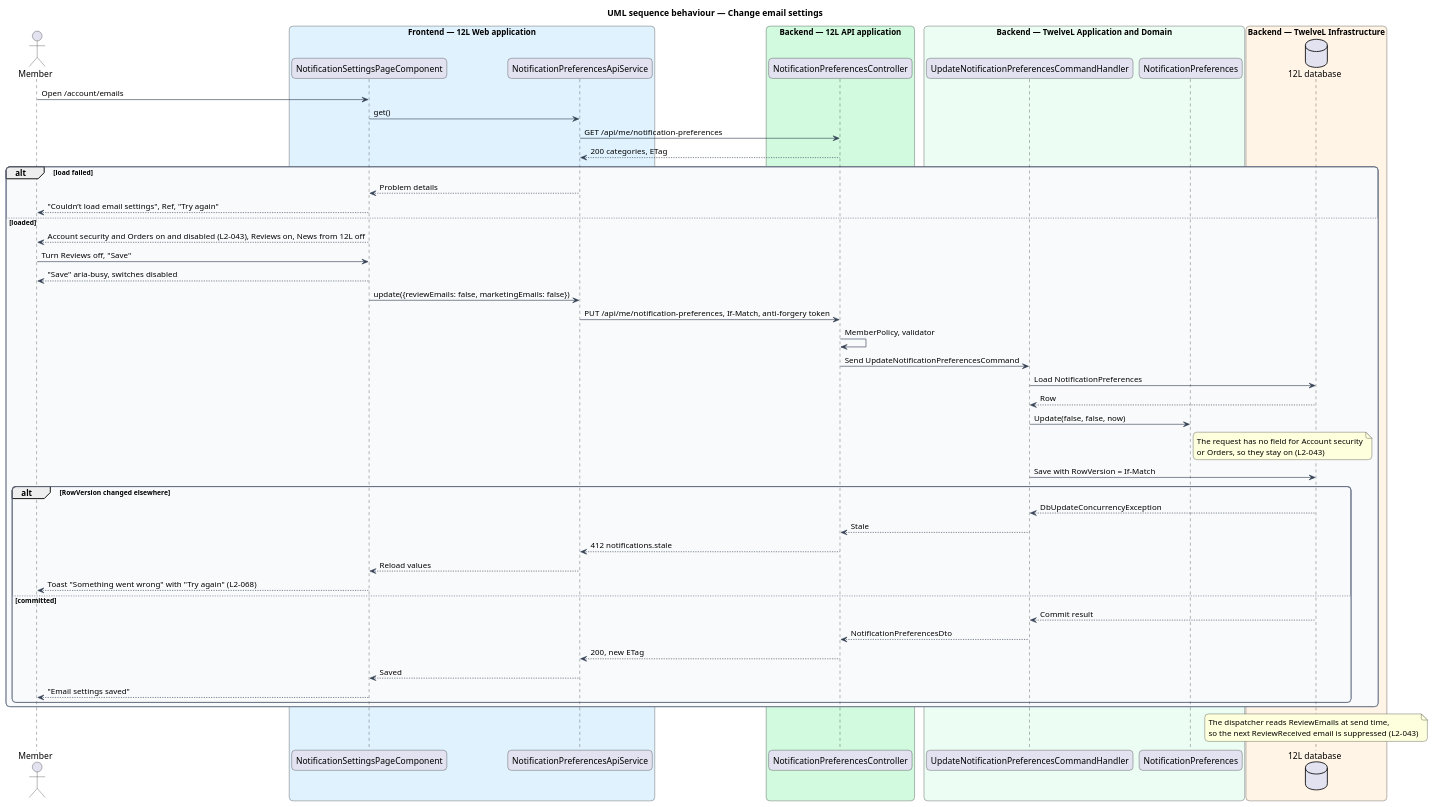
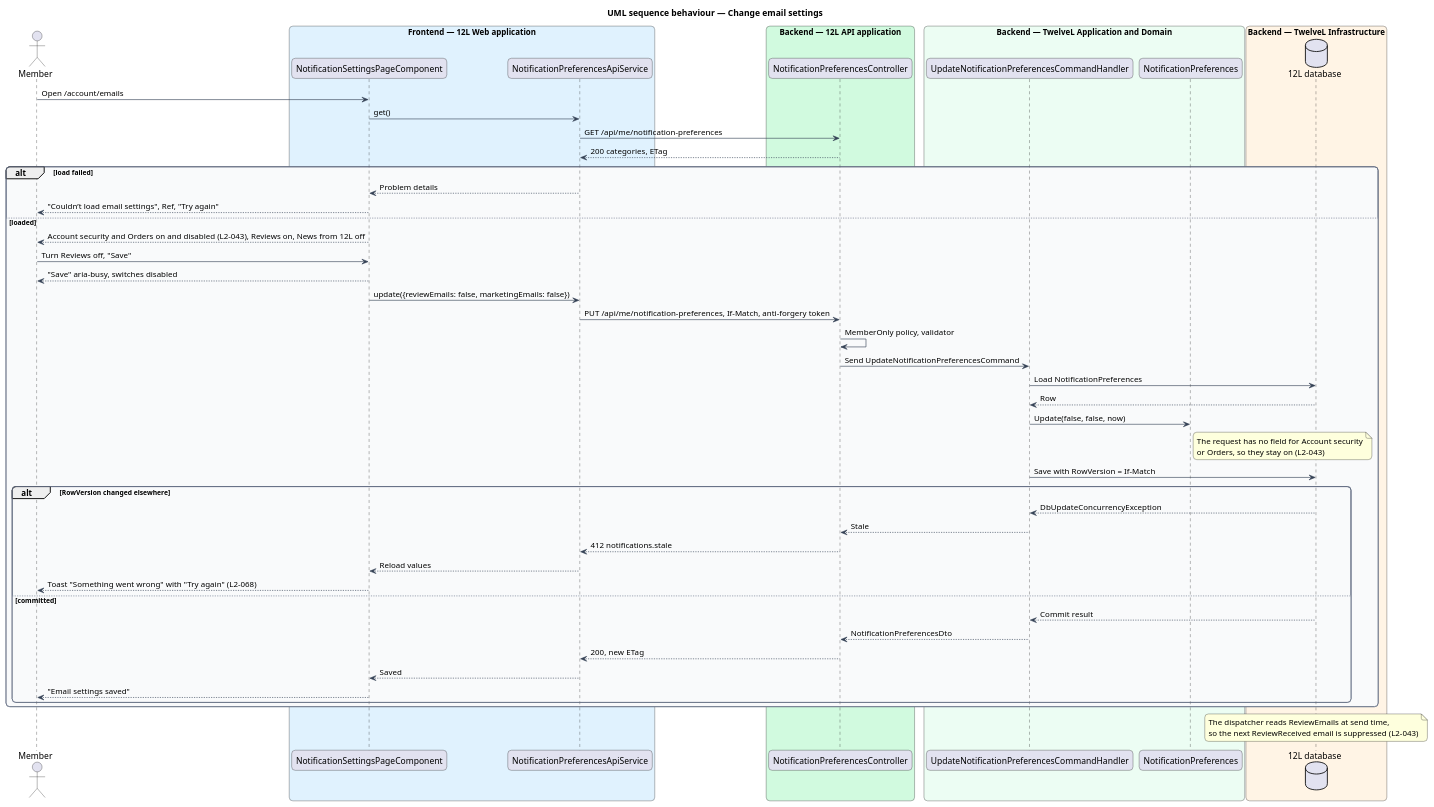
The diagram in docs/detailed-designs/notifications/manage-notification-preferences/diagrams/sequence-update-preferences.puml (QuinntyneBrown/12l), drawn with PlantUML before and after one commit. The commit also changed 145 other files, not shown here.

```diff
--- a/docs/detailed-designs/notifications/manage-notification-preferences/diagrams/sequence-update-preferences.puml
+++ b/docs/detailed-designs/notifications/manage-notification-preferences/diagrams/sequence-update-preferences.puml
@@ -1,73 +1,73 @@
 @startuml
 title UML sequence behaviour — Change email settings
 skinparam backgroundColor #FFFFFF
 skinparam shadowing false
 skinparam roundcorner 12
 skinparam defaultFontName Arial
 skinparam ArrowColor #344054
 skinparam rectangle {
   BorderColor #344054
   FontColor #101828
 }
 skinparam package {
   BorderColor #667085
   FontColor #101828
   BackgroundColor #F9FAFB
 }
 actor "Member" as actor
 box "Frontend — 12L Web application" #E0F2FE
   participant "NotificationSettingsPageComponent" as page
   participant "NotificationPreferencesApiService" as client
 end box
 box "Backend — 12L API application" #D1FADF
   participant "NotificationPreferencesController" as controller
 end box
 box "Backend — TwelveL Application and Domain" #ECFDF3
   participant "UpdateNotificationPreferencesCommandHandler" as handler
   participant "NotificationPreferences" as entity
 end box
 box "Backend — TwelveL Infrastructure" #FFF4E5
   database "12L database" as db
 end box
 actor -> page : Open /account/emails
 page -> client : get()
 client -> controller : GET /api/me/notification-preferences
 controller --> client : 200 categories, ETag
 alt load failed
   client --> page : Problem details
   page --> actor : "Couldn’t load email settings", Ref, "Try again"
 else loaded
   page --> actor : Account security and Orders on and disabled (L2-043), Reviews on, News from 12L off
   actor -> page : Turn Reviews off, "Save"
   page --> actor : "Save" aria-busy, switches disabled
   page -> client : update({reviewEmails: false, marketingEmails: false})
   client -> controller : PUT /api/me/notification-preferences, If-Match, anti-forgery token
-  controller -> controller : MemberPolicy, validator
+  controller -> controller : MemberOnly policy, validator
   controller -> handler : Send UpdateNotificationPreferencesCommand
   handler -> db : Load NotificationPreferences
   db --> handler : Row
   handler -> entity : Update(false, false, now)
   note right of entity
     The request has no field for Account security
     or Orders, so they stay on (L2-043)
   end note
   handler -> db : Save with RowVersion = If-Match
   alt RowVersion changed elsewhere
     db --> handler : DbUpdateConcurrencyException
     handler --> controller : Stale
     controller --> client : 412 notifications.stale
     client --> page : Reload values
     page --> actor : Toast "Something went wrong" with "Try again" (L2-068)
   else committed
     db --> handler : Commit result
     handler --> controller : NotificationPreferencesDto
     controller --> client : 200, new ETag
     client --> page : Saved
     page --> actor : "Email settings saved"
   end
 end
 note over db
   The dispatcher reads ReviewEmails at send time,
   so the next ReviewReceived email is suppressed (L2-043)
 end note
 @enduml
```
